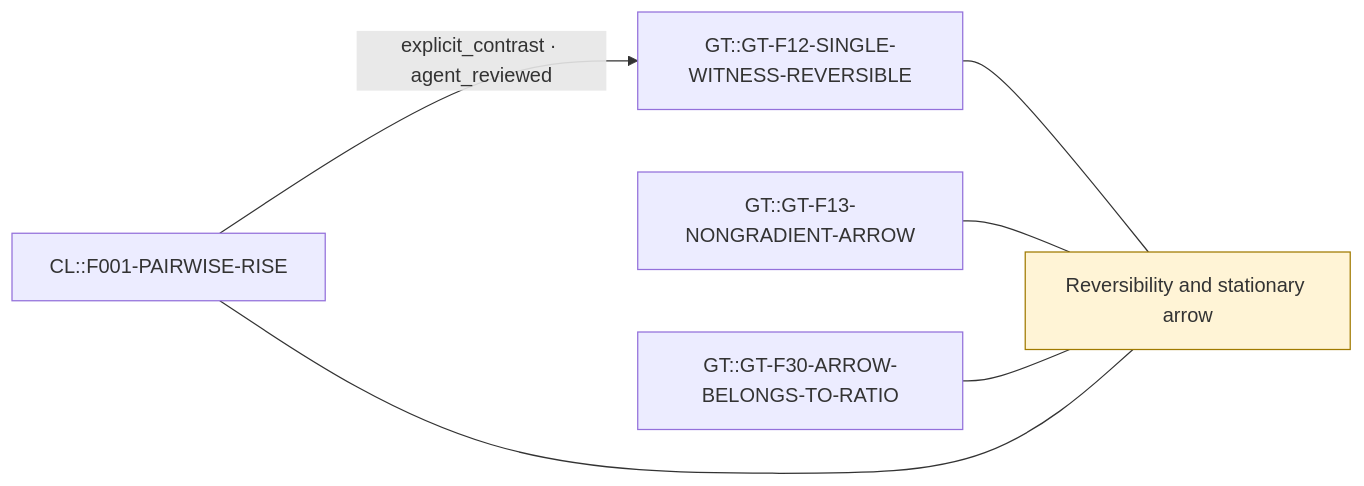
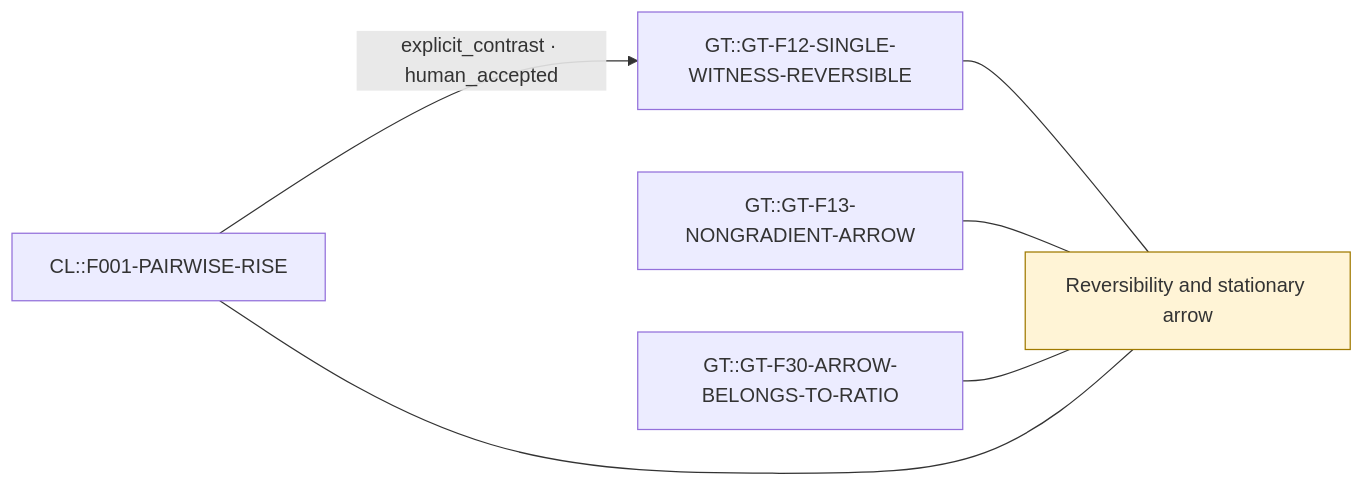
The diagram in research-synthesis/generated/themes/reversibility-and-arrow.md (gellsmore-svg/Relational-Substrate), drawn with Mermaid before and after one commit. The commit also changed other lines of this file and 39 other files, not shown here.

````diff
--- a/research-synthesis/generated/themes/reversibility-and-arrow.md
+++ b/research-synthesis/generated/themes/reversibility-and-arrow.md
@@ -30,10 +30,10 @@
 ```mermaid
 graph LR
   n_C__reversibility_and_arrow["Reversibility and stationary arrow"]:::concept
   n_GT__GT_F12_SINGLE_WITNESS_REVERSIBLE["GT::GT-F12-SINGLE-WITNESS-REVERSIBLE"] --- n_C__reversibility_and_arrow
   n_GT__GT_F13_NONGRADIENT_ARROW["GT::GT-F13-NONGRADIENT-ARROW"] --- n_C__reversibility_and_arrow
   n_GT__GT_F30_ARROW_BELONGS_TO_RATIO["GT::GT-F30-ARROW-BELONGS-TO-RATIO"] --- n_C__reversibility_and_arrow
   n_CL__F001_PAIRWISE_RISE["CL::F001-PAIRWISE-RISE"] --- n_C__reversibility_and_arrow
-  n_CL__F001_PAIRWISE_RISE -->|explicit_contrast · agent_reviewed| n_GT__GT_F12_SINGLE_WITNESS_REVERSIBLE
+  n_CL__F001_PAIRWISE_RISE -->|explicit_contrast · human_accepted| n_GT__GT_F12_SINGLE_WITNESS_REVERSIBLE
   classDef concept fill:#fff4d6,stroke:#a07a00
 ```
````
